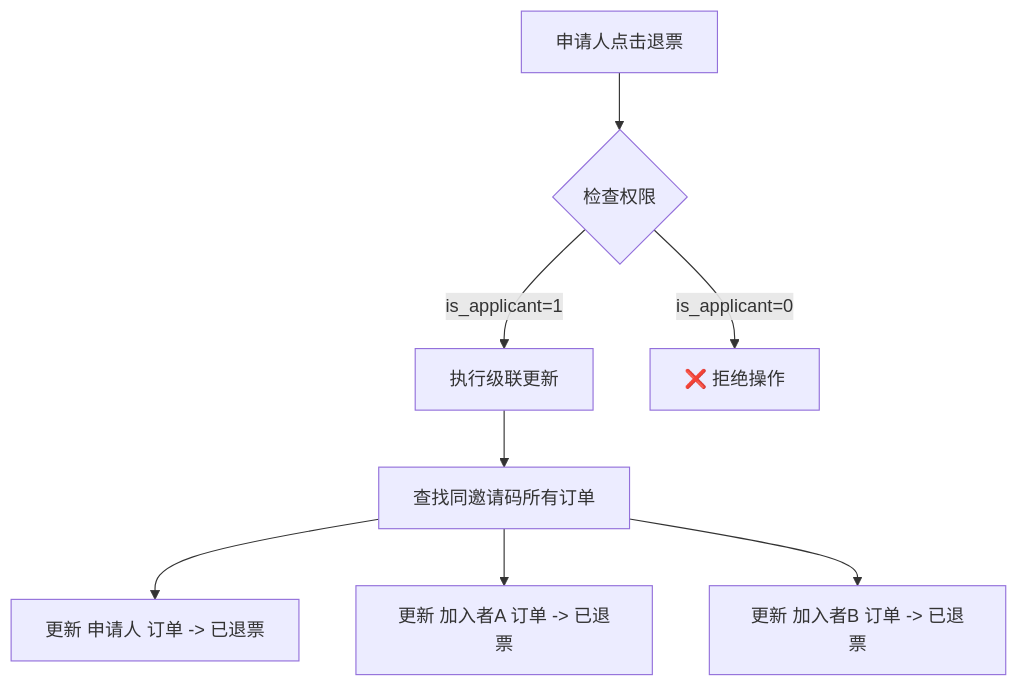
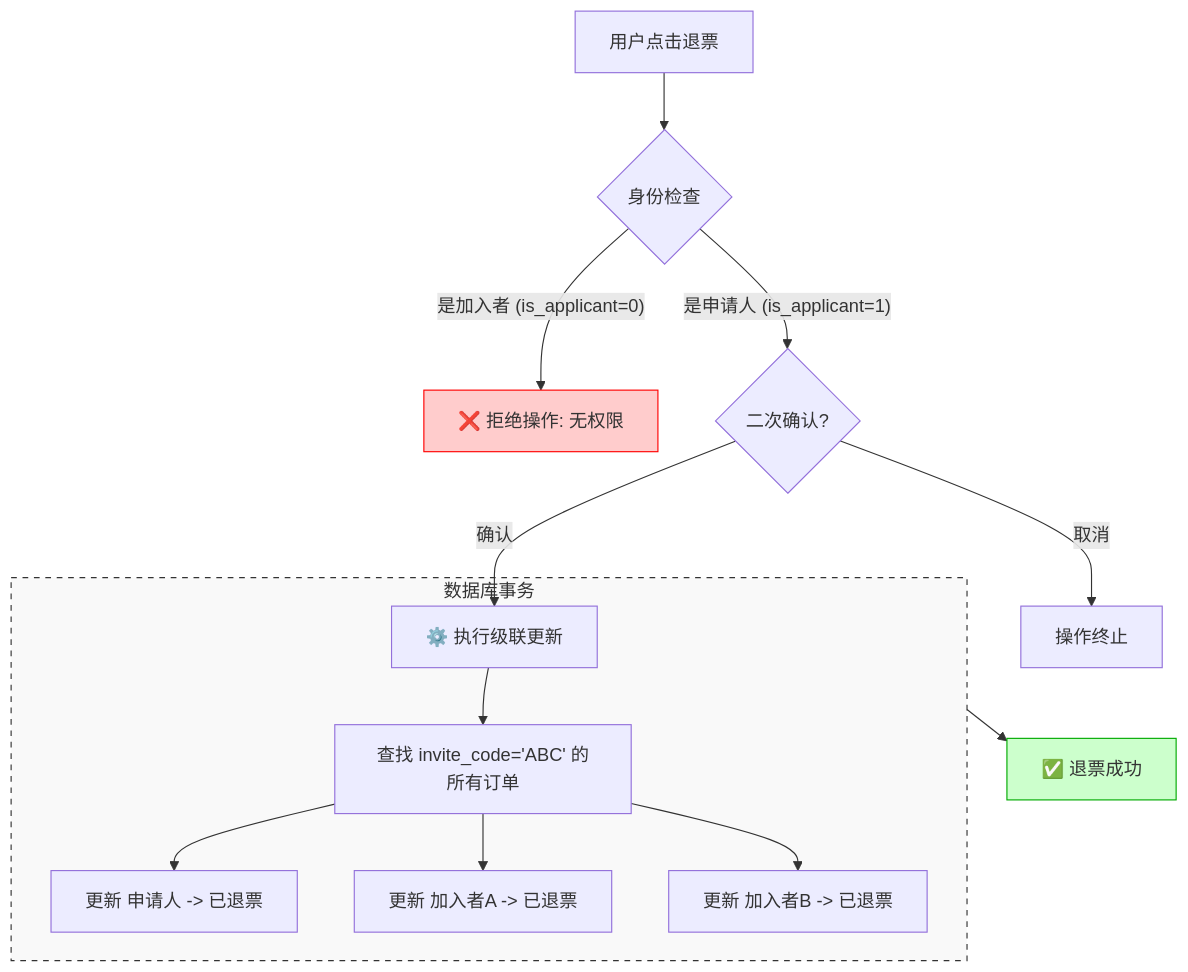
The second of 7 diagrams in README.md (zibi666/school_bus), drawn with Mermaid before and after one commit. The commit also changed other lines of this file, not shown here.

````diff
--- a/README.md
+++ b/README.md
@@ -99,10 +62,24 @@
 ```mermaid
 graph TD
-    A[申请人点击退票] --> B{检查权限}
-    B -- is_applicant=1 --> C[执行级联更新]
-    C --> D[查找同邀请码所有订单]
-    D --> E[更新 申请人 订单 -> 已退票]
-    D --> F[更新 加入者A 订单 -> 已退票]
-    D --> G[更新 加入者B 订单 -> 已退票]
-    B -- is_applicant=0 --> H[❌ 拒绝操作]
+    Start[用户点击退票] --> Check{身份检查}
+    
+    Check -- "是加入者 (is_applicant=0)" --> Deny[❌ 拒绝操作: 无权限]
+    
+    Check -- "是申请人 (is_applicant=1)" --> Confirm{二次确认?}
+    Confirm -- 取消 --> End[操作终止]
+    
+    Confirm -- 确认 --> Update[⚙️ 执行级联更新]
+    
+    subgraph DB_Transaction [数据库事务]
+        Update --> Find[查找 invite_code='ABC' 的所有订单]
+        Find --> U1[更新 申请人 -> 已退票]
+        Find --> U2[更新 加入者A -> 已退票]
+        Find --> U3[更新 加入者B -> 已退票]
+    end
+
+    DB_Transaction --> Result[✅ 退票成功]
+    
+    style Deny fill:#ffcccc,stroke:#ff0000
+    style Result fill:#ccffcc,stroke:#00aa00
+    style DB_Transaction fill:#f9f9f9,stroke:#333,stroke-dasharray: 5 5
 ```
````
